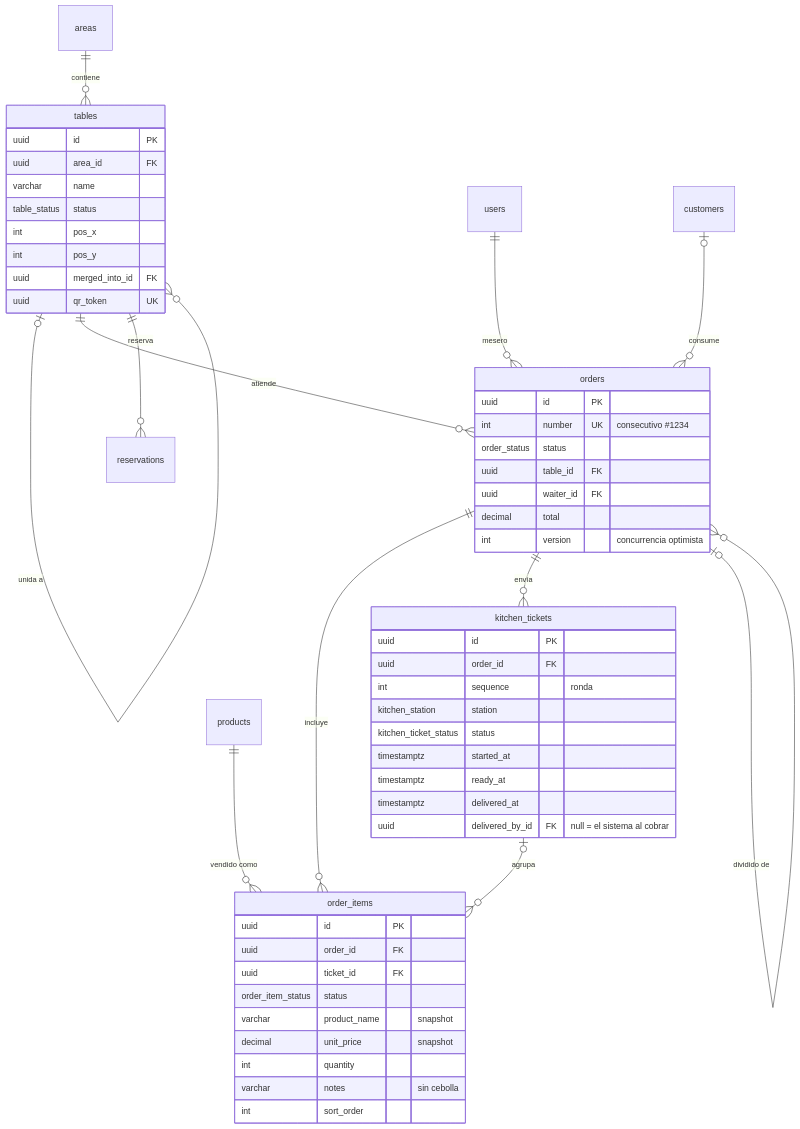
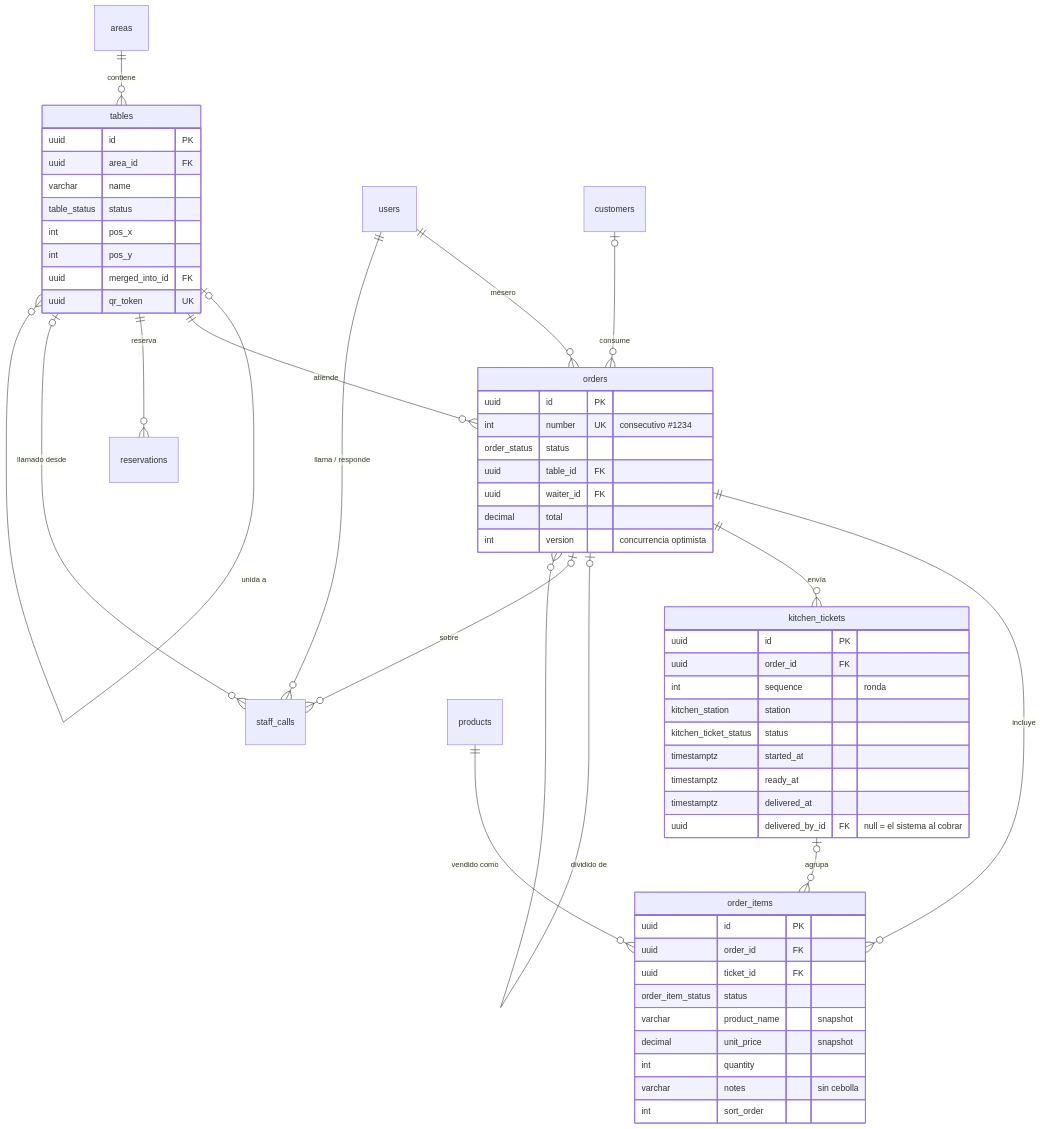
Before and after one commit to dante312w/Karbon: the second of 4 diagrams in docs/DATABASE.md, drawn with Mermaid. The commit also changed other lines of this file and 49 other files, not shown here.

````diff
--- a/docs/DATABASE.md
+++ b/docs/DATABASE.md
@@ -81,55 +81,58 @@
 ```mermaid
 erDiagram
   areas ||--o{ tables : "contiene"
   tables |o--o{ tables : "unida a"
   tables ||--o{ orders : "atiende"
   tables ||--o{ reservations : "reserva"
   users ||--o{ orders : "mesero"
   customers |o--o{ orders : "consume"
   orders ||--o{ order_items : "incluye"
   orders ||--o{ kitchen_tickets : "envía"
   kitchen_tickets |o--o{ order_items : "agrupa"
   orders |o--o{ orders : "dividido de"
+  tables |o--o{ staff_calls : "llamado desde"
+  orders |o--o{ staff_calls : "sobre"
+  users ||--o{ staff_calls : "llama / responde"
   products ||--o{ order_items : "vendido como"
   tables {
     uuid id PK
     uuid area_id FK
     varchar name
     table_status status
     int pos_x
     int pos_y
     uuid merged_into_id FK
     uuid qr_token UK
   }
   orders {
     uuid id PK
     int number UK "consecutivo #1234"
     order_status status
     uuid table_id FK
     uuid waiter_id FK
     decimal total
     int version "concurrencia optimista"
   }
   order_items {
     uuid id PK
     uuid order_id FK
     uuid ticket_id FK
     order_item_status status
     varchar product_name "snapshot"
     decimal unit_price "snapshot"
     int quantity
     varchar notes "sin cebolla"
     int sort_order
   }
   kitchen_tickets {
     uuid id PK
     uuid order_id FK
     int sequence "ronda"
     kitchen_station station
     kitchen_ticket_status status
     timestamptz started_at
     timestamptz ready_at
     timestamptz delivered_at
     uuid delivered_by_id FK "null = el sistema al cobrar"
   }
 ```
````
